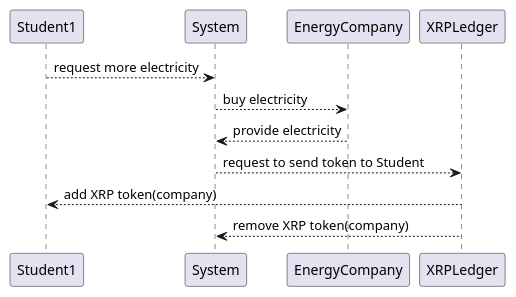
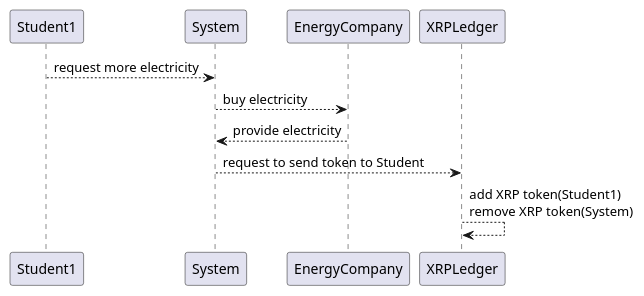
Before and after one commit to KyotoUniv-SIC/electoric-power-exchange: the diagram in Seq04_AddIssueToken.plantuml, drawn with PlantUML. The commit also changed 9 other files, not shown here.

```diff
--- a/Seq04_AddIssueToken.plantuml
+++ b/Seq04_AddIssueToken.plantuml
@@ -1,14 +1,12 @@
 @startuml sequence
 participant Student1 as st1
 participant System as sys
 participant EnergyCompany as ec
 participant XRPLedger as xl
 
 st1 --> sys : request more electricity
 sys --> ec : buy electricity
 ec --> sys : provide electricity
 sys --> xl : request to send token to Student 
-xl --> st1 : add XRP token(company)
-xl --> sys : remove XRP token(company)
-
+xl --> xl : add XRP token(Student1)\nremove XRP token(System)
 @enduml
```
